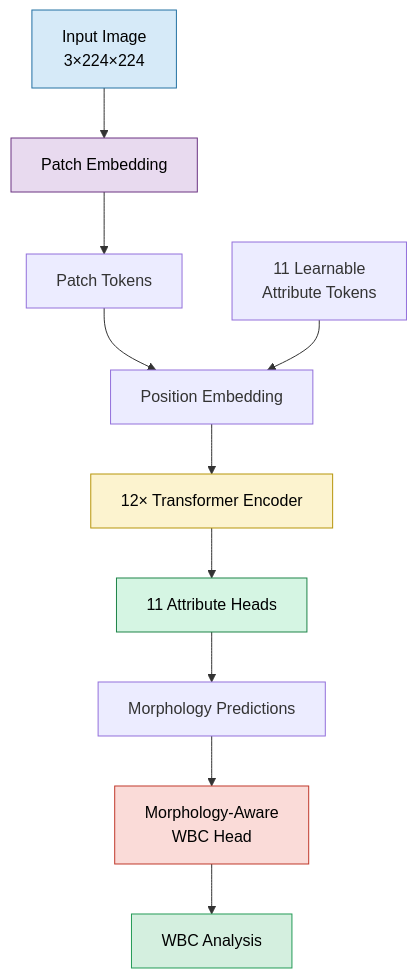
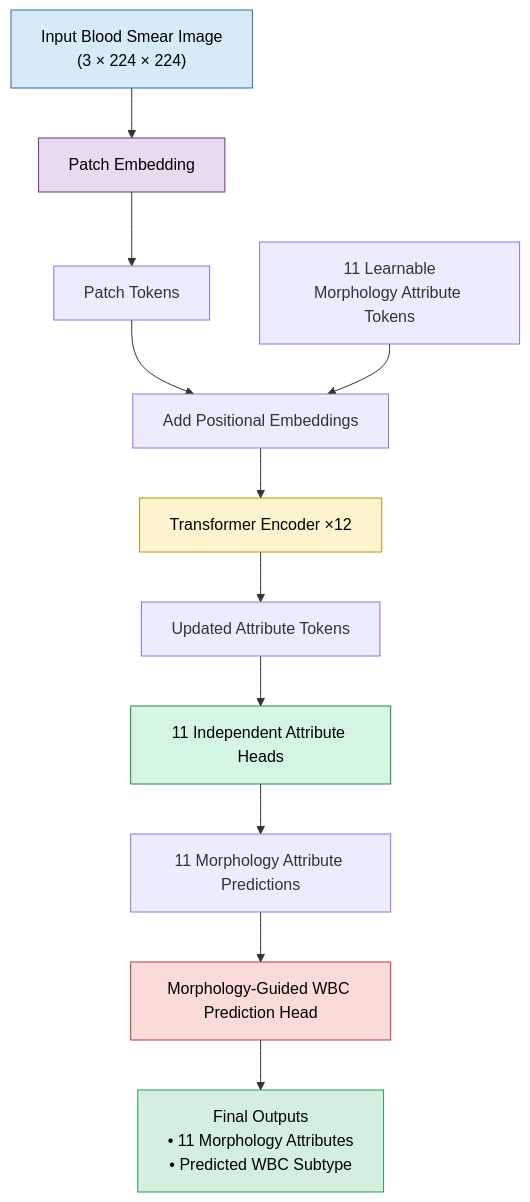
Before and after one commit to fassi182/WBC_Morphology_Analysis_with_a_MAL_ViT_Inspired_Architecture: the second of 4 diagrams in README.md, drawn with Mermaid. The commit also changed other lines of this file, not shown here.

````diff
--- a/README.md
+++ b/README.md
@@ -161,40 +160,43 @@
 ```mermaid
 flowchart TB
 
-IMG["Input Image<br/>3×224×224"]
+IMG["Input Blood Smear Image<br/>(3 × 224 × 224)"]
 
 PATCH["Patch Embedding"]
 
-TOKEN["Patch Tokens"]
+PATCHTOKENS["Patch Tokens"]
 
-ATTR["11 Learnable<br/>Attribute Tokens"]
+ATTR["11 Learnable<br/>Morphology Attribute Tokens"]
 
-POS["Position Embedding"]
+POS["Add Positional Embeddings"]
 
-ENC["12× Transformer Encoder"]
+ENC["Transformer Encoder ×12"]
 
-HEAD["11 Attribute Heads"]
+UPDATED["Updated Attribute Tokens"]
 
-ATTR_OUT["Morphology Predictions"]
+HEADS["11 Independent Attribute Heads"]
 
-WBC["Morphology-Aware<br/>WBC Head"]
+ATTRPRED["11 Morphology Attribute Predictions"]
 
-FINAL["WBC Analysis"]
+CLS["Morphology-Guided WBC Prediction Head"]
+
+OUT["Final Outputs<br/>• 11 Morphology Attributes<br/>• Predicted WBC Subtype"]
 
 IMG --> PATCH
-PATCH --> TOKEN
-TOKEN --> POS
+PATCH --> PATCHTOKENS
+PATCHTOKENS --> POS
 ATTR --> POS
 POS --> ENC
-ENC --> HEAD
-HEAD --> ATTR_OUT
-ATTR_OUT --> WBC
-WBC --> FINAL
+ENC --> UPDATED
+UPDATED --> HEADS
+HEADS --> ATTRPRED
+ATTRPRED --> CLS
+CLS --> OUT
 
 style IMG fill:#D6EAF8,stroke:#2471A3,color:#000
 style PATCH fill:#E8DAEF,stroke:#6C3483,color:#000
 style ENC fill:#FCF3CF,stroke:#B7950B,color:#000
-style HEAD fill:#D5F5E3,stroke:#1E8449,color:#000
-style WBC fill:#FADBD8,stroke:#C0392B,color:#000
-style FINAL fill:#D4EFDF,stroke:#239B56,color:#000
+style HEADS fill:#D5F5E3,stroke:#1E8449,color:#000
+style CLS fill:#FADBD8,stroke:#C0392B,color:#000
+style OUT fill:#D4EFDF,stroke:#239B56,color:#000
 ```
````
